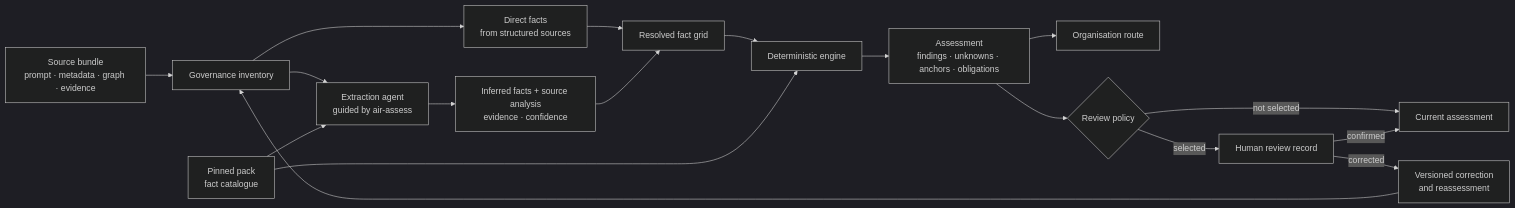
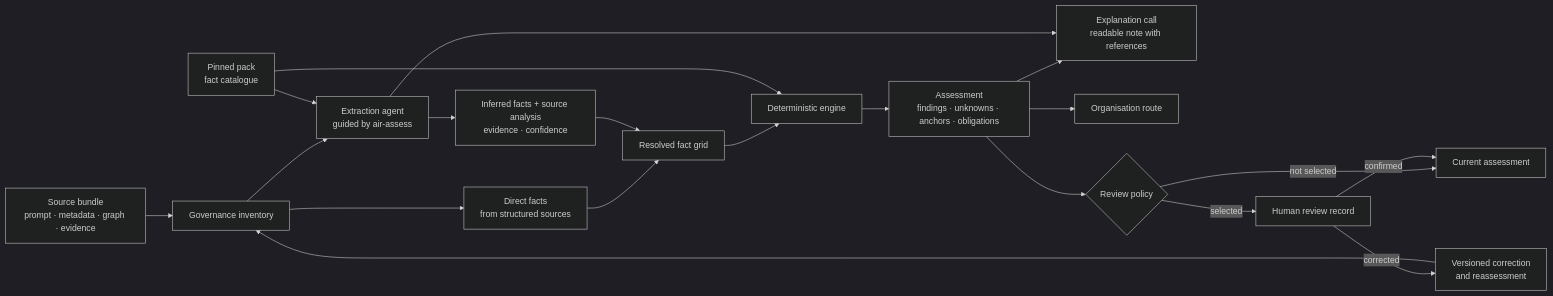
One commit to NickChaps/Open-AIRS changed the first of 2 diagrams in spec/08-extraction-review-and-learning.md. Above: the diagram before and after it, drawn with Mermaid (dark theme). The commit also changed other lines of this file and 58 other files, not shown here.

````diff
--- a/spec/08-extraction-review-and-learning.md
+++ b/spec/08-extraction-review-and-learning.md
@@ -12,20 +12,22 @@
 ```mermaid
 flowchart LR
     S["Source bundle<br/>prompt · metadata · graph · evidence"] --> G["Governance inventory"]
     G --> D["Direct facts<br/>from structured sources"]
     G --> X["Extraction agent<br/>guided by air-assess"]
     P["Pinned pack<br/>fact catalogue"] --> X
     X --> I["Inferred facts + source analysis<br/>evidence · confidence"]
     D --> F["Resolved fact grid"]
     I --> F
     F --> E["Deterministic engine"]
     P --> E
     E --> A["Assessment<br/>findings · unknowns · anchors · obligations"]
+    A --> N["Explanation call<br/>readable note with references"]
+    X --> N
     A --> R["Organisation route"]
     A --> Q{"Review policy"}
     Q -->|"selected"| H["Human review record"]
     Q -->|"not selected"| C["Current assessment"]
     H -->|"confirmed"| C
-    H -->|"corrected"| N["Versioned correction<br/>and reassessment"]
-    N --> G
+    H -->|"corrected"| V["Versioned correction<br/>and reassessment"]
+    V --> G
 ```
````
